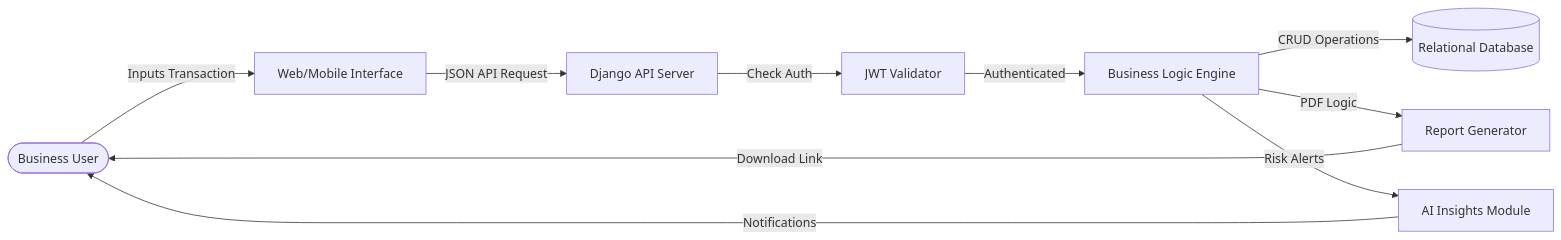
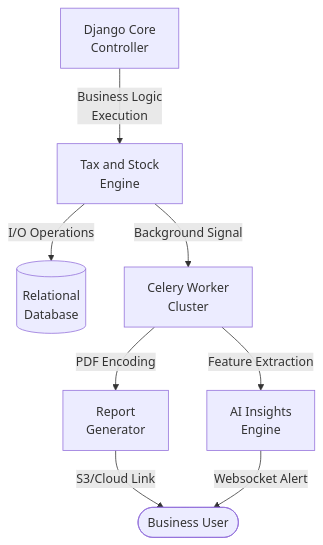
The second of 12 diagrams in documentation.md (DHEENA0007/GST-Billing-clg), drawn with Mermaid before and after one commit. The commit also changed other lines of this file and 5 other files, not shown here.

````diff
--- a/documentation.md
+++ b/documentation.md
@@ -212,12 +233,10 @@
 ```mermaid
-graph LR
-    User([Business User]) -->|Inputs Transaction| UI[Web/Mobile Interface]
-    UI -->|JSON API Request| Backend[Django API Server]
-    Backend -->|Check Auth| Auth[JWT Validator]
-    Auth -->|Authenticated| Logic[Business Logic Engine]
-    Logic -->|CRUD Operations| DB[(Relational Database)]
-    Logic -->|PDF Logic| PDF[Report Generator]
-    PDF -->|Download Link| User
-    Logic -->|Risk Alerts| AI[AI Insights Module]
-    AI -->|Notifications| User
+graph TD
+    Backend[Django Core<br/>Controller] -->|Business Logic<br/>Execution| Logic[Tax and Stock<br/>Engine]
+    Logic -->|I/O Operations| DB[(Relational<br/>Database)]
+    Logic -->|Background Signal| Task[Celery Worker<br/>Cluster]
+    Task -->|PDF Encoding| PDF[Report<br/>Generator]
+    Task -->|Feature Extraction| AI[AI Insights<br/>Engine]
+    PDF -->|S3/Cloud Link| User([Business User])
+    AI -->|Websocket Alert| User
 ```
````
